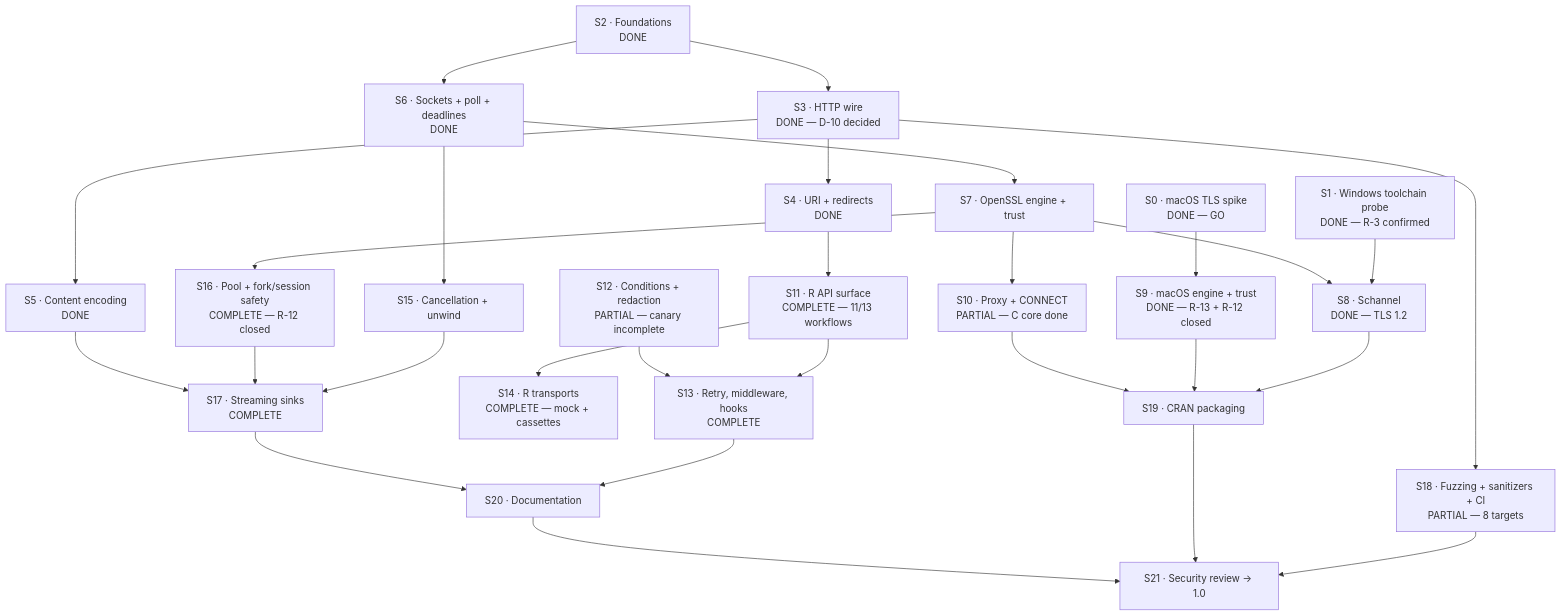
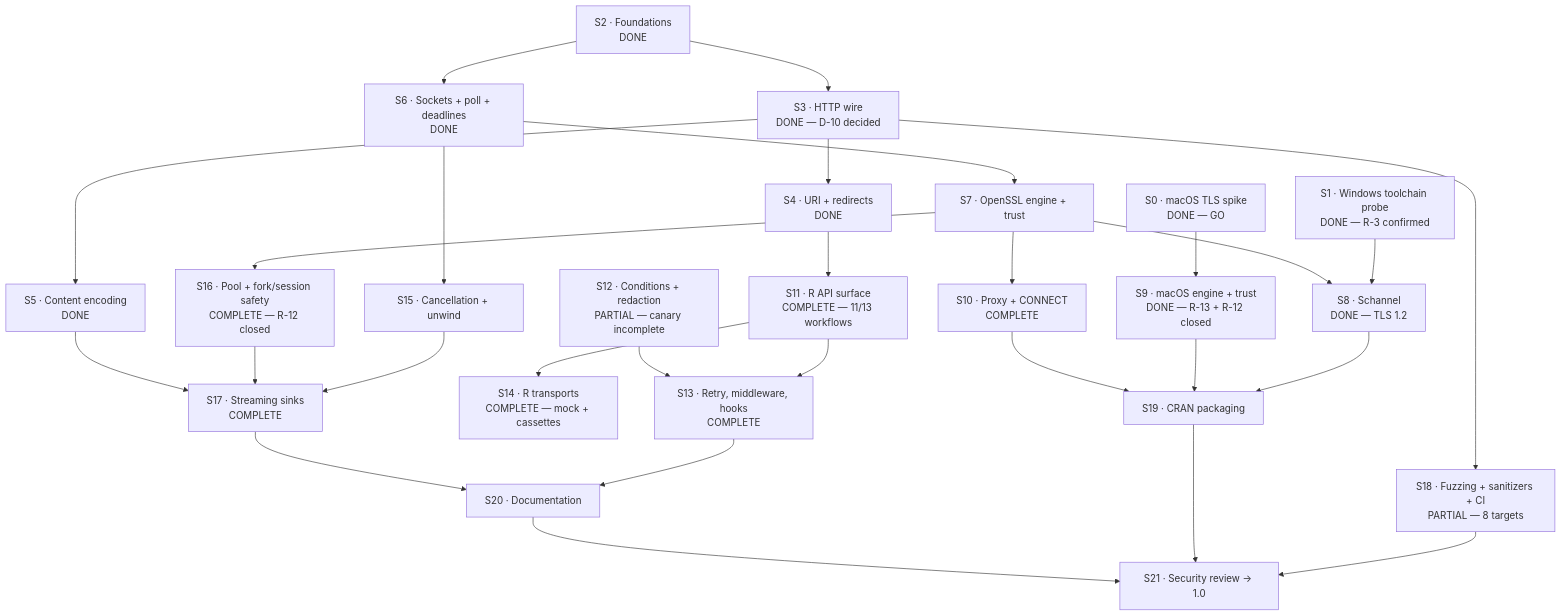
Before and after one commit to pedrobtz/zuhttp: the diagram in .agents/roadmap.md, drawn with Mermaid. The commit also changed other lines of this file and 11 other files, not shown here.

````diff
--- a/.agents/roadmap.md
+++ b/.agents/roadmap.md
@@ -28,58 +28,58 @@
 ```mermaid
 graph TD
     S0["S0 · macOS TLS spike<br/>DONE — GO"]
     S1["S1 · Windows toolchain probe<br/>DONE — R-3 confirmed"]
 
     S2["S2 · Foundations<br/>DONE"]
     S3["S3 · HTTP wire<br/>DONE — D-10 decided"]
     S4["S4 · URI + redirects<br/>DONE"]
     S5["S5 · Content encoding<br/>DONE"]
 
     S6["S6 · Sockets + poll + deadlines<br/>DONE"]
     S7["S7 · OpenSSL engine + trust"]
     S8["S8 · Schannel<br/>DONE — TLS 1.2"]
     S9["S9 · macOS engine + trust<br/>DONE — R-13 + R-12 closed"]
-    S10["S10 · Proxy + CONNECT<br/>PARTIAL — C core done"]
+    S10["S10 · Proxy + CONNECT<br/>COMPLETE"]
 
     S11["S11 · R API surface<br/>COMPLETE — 11/13 workflows"]
     S12["S12 · Conditions + redaction<br/>PARTIAL — canary incomplete"]
     S13["S13 · Retry, middleware, hooks<br/>COMPLETE"]
     S14["S14 · R transports<br/>COMPLETE — mock + cassettes"]
 
     S15["S15 · Cancellation + unwind"]
     S16["S16 · Pool + fork/session safety<br/>COMPLETE — R-12 closed"]
     S17["S17 · Streaming sinks<br/>COMPLETE"]
 
     S18["S18 · Fuzzing + sanitizers + CI<br/>PARTIAL — 8 targets"]
     S19["S19 · CRAN packaging"]
     S20["S20 · Documentation"]
     S21["S21 · Security review → 1.0"]
 
     S0 --> S9
     S1 --> S8
     S2 --> S3
     S2 --> S6
     S3 --> S4
     S3 --> S5
     S3 --> S18
     S6 --> S7
     S6 --> S15
     S7 --> S8
     S7 --> S10
     S7 --> S16
     S8 --> S19
     S9 --> S19
     S4 --> S11
     S11 --> S13
     S12 --> S13
     S11 --> S14
     S15 --> S17
     S16 --> S17
     S13 --> S20
     S17 --> S20
     S18 --> S21
     S19 --> S21
     S20 --> S21
     S10 --> S19
     S5 --> S17
 ```
````
